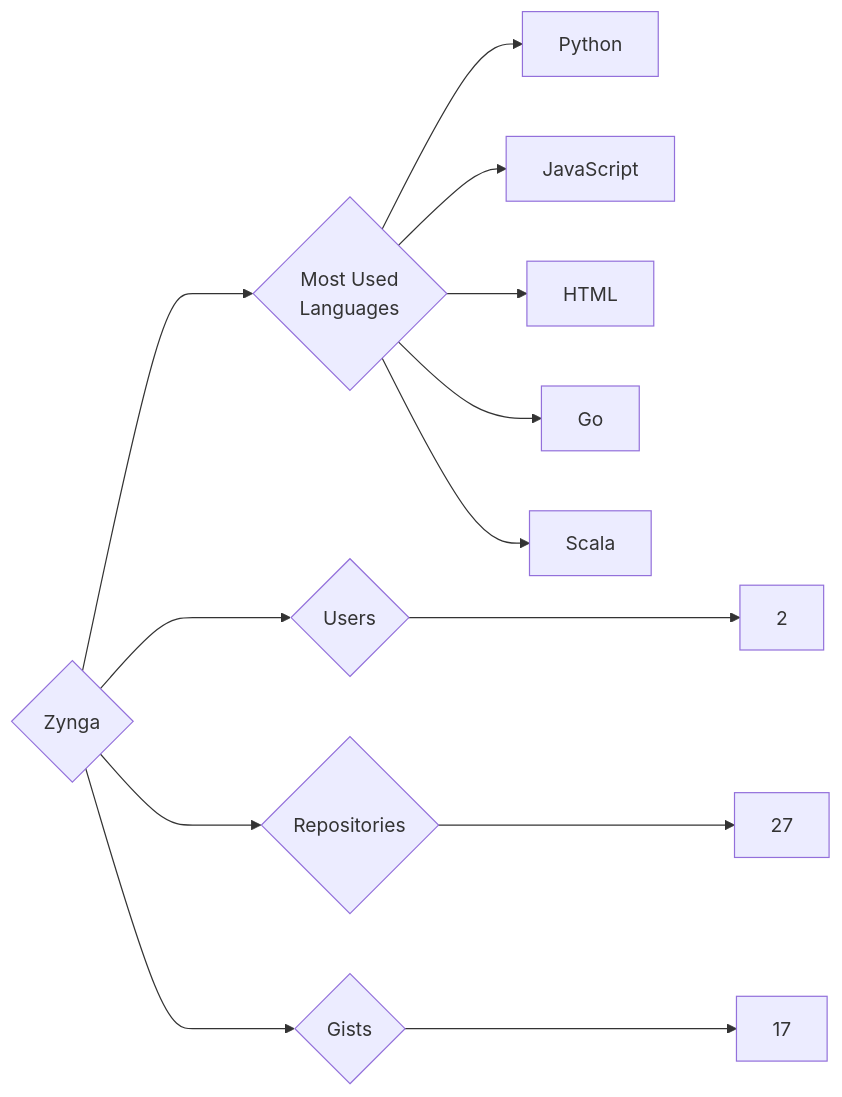
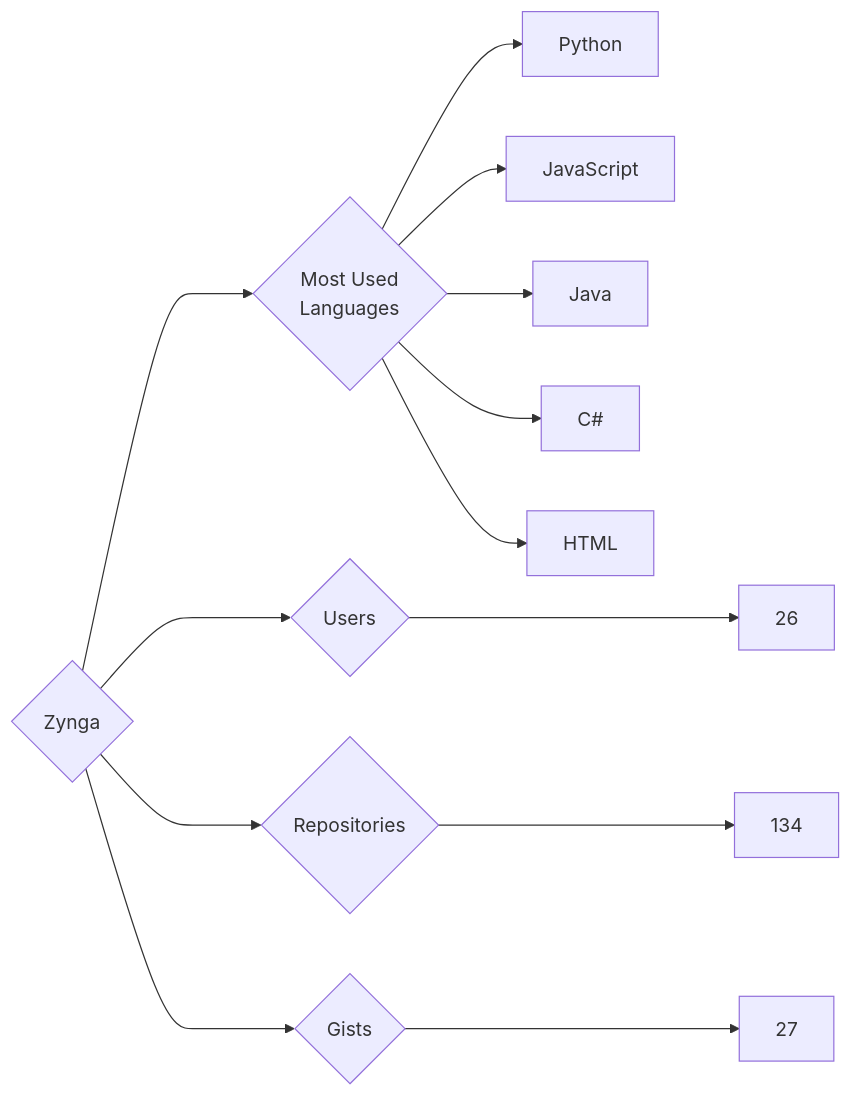
Before and after one commit to trickest/insiders: the diagram in targets/Zynga/README.md, drawn with Mermaid. The commit also changed 835 other files, not shown here.

````diff
--- a/targets/Zynga/README.md
+++ b/targets/Zynga/README.md
@@ -3,13 +3,13 @@
 ```mermaid
 graph LR
 COMPANY_NAME{Zynga}
-COMPANY_NAME ---> U{Users} ---> UN[2]
-COMPANY_NAME ---> R{Repositories} ---> RN[27]
-COMPANY_NAME ---> G{Gists} ---> GN[17]
+COMPANY_NAME ---> U{Users} ---> UN[26]
+COMPANY_NAME ---> R{Repositories} ---> RN[134]
+COMPANY_NAME ---> G{Gists} ---> GN[27]
 COMPANY_NAME ---> ML{Most Used<br>Languages}
 ML --> Python[Python]
 ML --> JavaScript[JavaScript]
+ML --> Java[Java]
+ML --> C#[C#]
 ML --> HTML[HTML]
-ML --> Go[Go]
-ML --> Scala[Scala]
 ```
````
